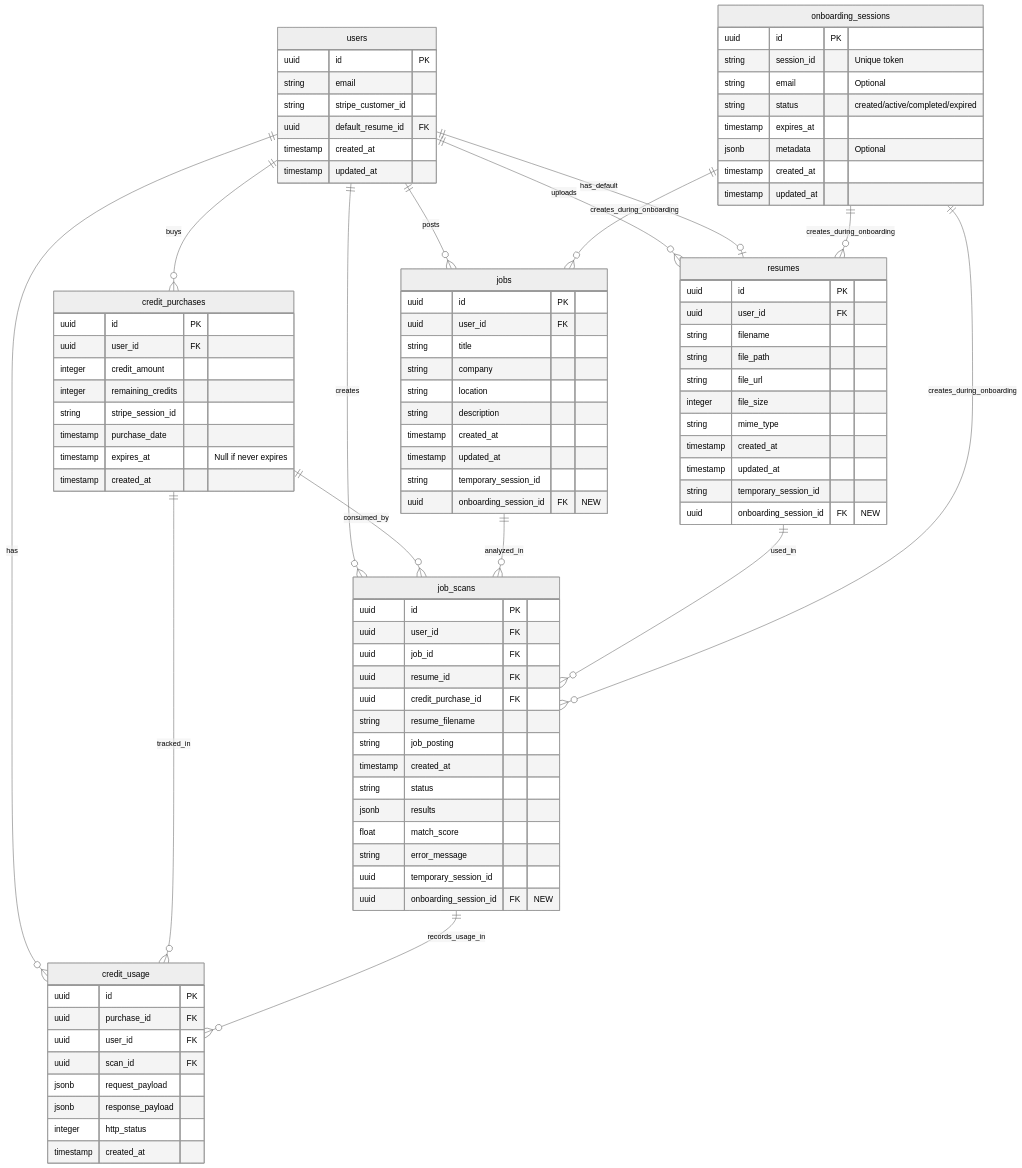
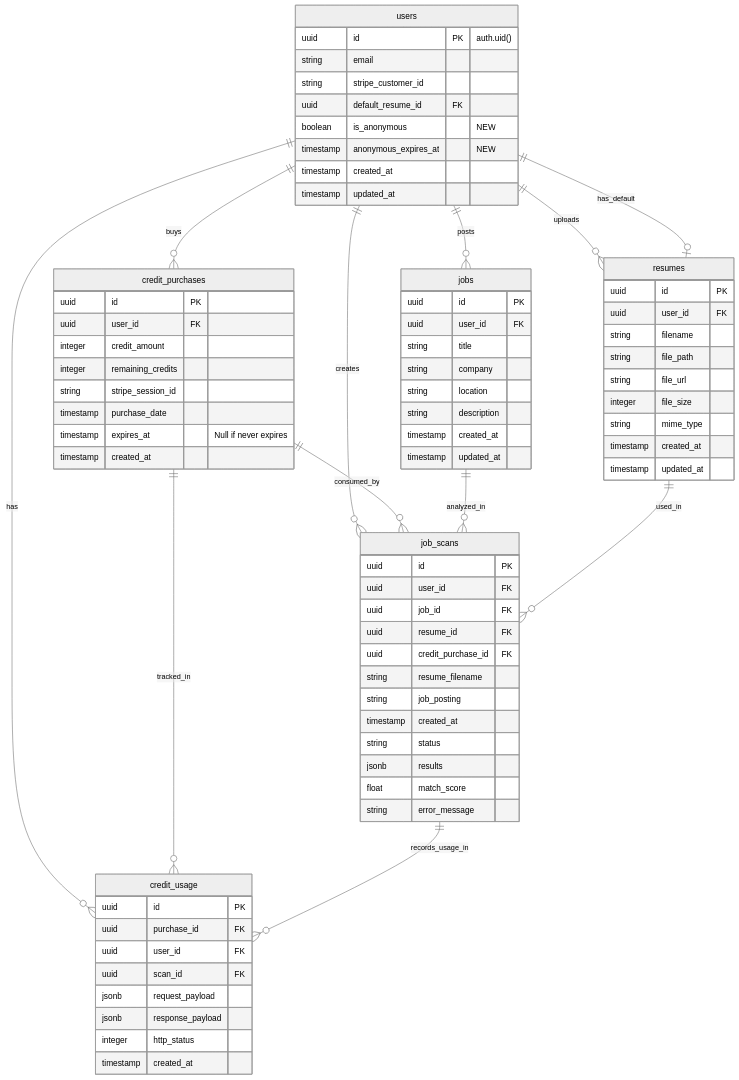
Before and after one commit to richardverheyen/jobhound: the diagram in instructions/erd.md, drawn with Mermaid (neutral theme). The commit also changed 4 other files, not shown here.

````diff
--- a/instructions/erd.md
+++ b/instructions/erd.md
@@ -12,16 +12,13 @@
     resumes ||--o{ job_scans : used_in
     job_scans ||--o{ credit_usage : records_usage_in
     
-    %% New onboarding entity and relationships
-    onboarding_sessions ||--o{ resumes : creates_during_onboarding
-    onboarding_sessions ||--o{ jobs : creates_during_onboarding
-    onboarding_sessions ||--o{ job_scans : creates_during_onboarding
-    
     users {
-        uuid id PK
+        uuid id PK "auth.uid()"
         string email
         string stripe_customer_id
         uuid default_resume_id FK
+        boolean is_anonymous "NEW"
+        timestamp anonymous_expires_at "NEW"
         timestamp created_at
         timestamp updated_at
     }
@@ -58,8 +55,6 @@
         string mime_type
         timestamp created_at
         timestamp updated_at
-        string temporary_session_id
-        uuid onboarding_session_id FK "NEW"
     }
     
     jobs {
@@ -71,8 +66,6 @@
         string description
         timestamp created_at
         timestamp updated_at
-        string temporary_session_id
-        uuid onboarding_session_id FK "NEW"
     }
     
     job_scans {
@@ -88,19 +81,5 @@
         jsonb results
         float match_score
         string error_message
-        uuid temporary_session_id
-        uuid onboarding_session_id FK "NEW"
-    }
-    
-    %% New entity for onboarding
-    onboarding_sessions {
-        uuid id PK
-        string session_id "Unique token"
-        string email "Optional"
-        string status "created/active/completed/expired"
-        timestamp expires_at
-        jsonb metadata "Optional"
-        timestamp created_at
-        timestamp updated_at
     }
 ```
````
